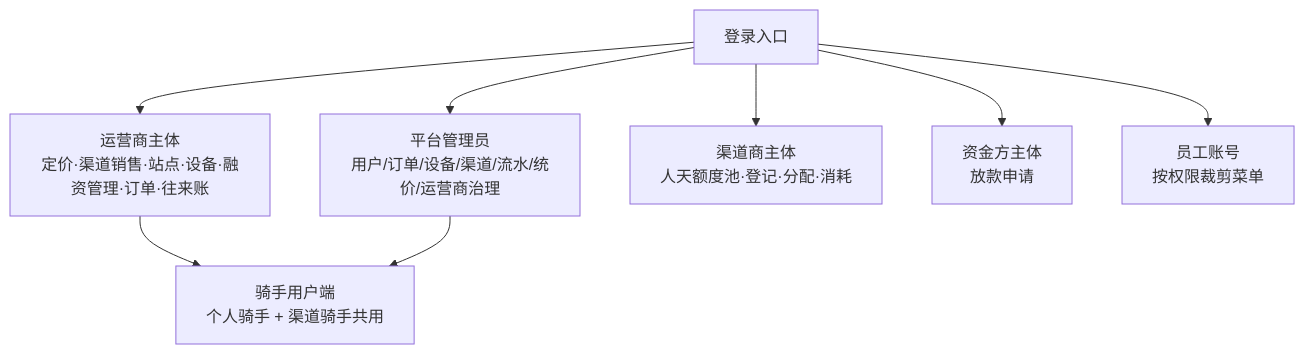
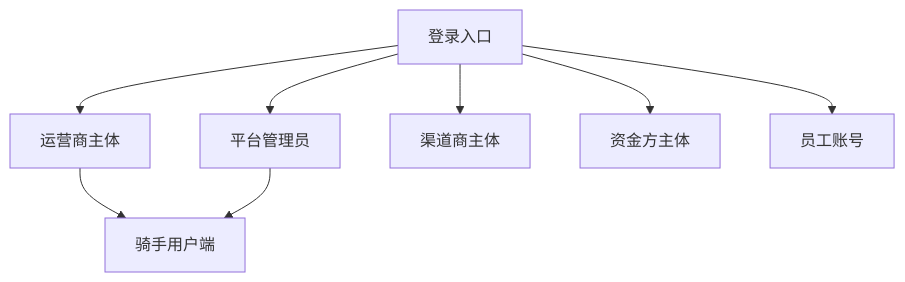
One commit to liudali/rider-swap-operator-prototype changed the fifth of 6 diagrams in docs/documentation/md/业务整体预览图.md. Above: the diagram before and after it, drawn with Mermaid. The commit also changed other lines of this file and 102 other files, not shown here.

````diff
--- a/docs/documentation/md/业务整体预览图.md
+++ b/docs/documentation/md/业务整体预览图.md
@@ -230,13 +279,11 @@
 ```mermaid
 flowchart TB
   Login[登录入口]
-
-  Login --> AdminM["平台管理员<br/>用户/订单/设备/渠道/流水/统价/运营商治理"]
-  Login --> OPM["运营商主体<br/>定价·渠道销售·站点·设备·融资管理·订单·往来账"]
-  Login --> CHM["渠道商主体<br/>人天额度池·登记·分配·消耗"]
-  Login --> LM["资金方主体<br/>放款申请"]
-  Login --> Emp["员工账号<br/>按权限裁剪菜单"]
-
-  OPM --> Mobile["骑手用户端<br/>个人骑手 + 渠道骑手共用"]
+  Login --> AdminM[平台管理员]
+  Login --> OPM[运营商主体]
+  Login --> CHM[渠道商主体]
+  Login --> LM[资金方主体]
+  Login --> Emp[员工账号]
+  OPM --> Mobile[骑手用户端]
   AdminM --> Mobile
 ```
````
